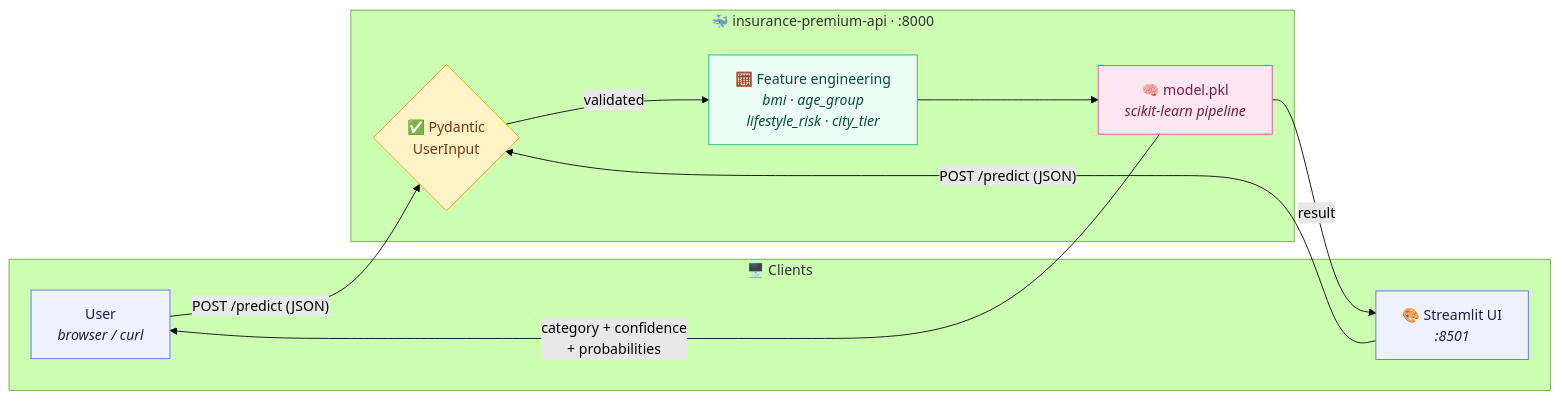
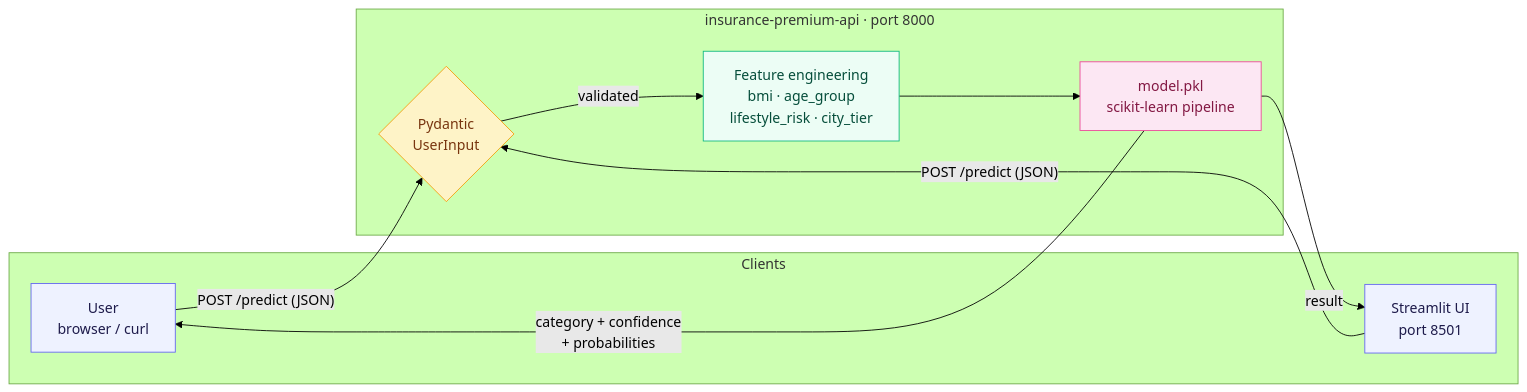
The first of 3 diagrams in README.md (Amith-Ganta/FastAPI-ML-Docker-AWS), drawn with Mermaid (forest theme) before and after one commit. The commit also changed other lines of this file, not shown here.

First line of the commit message:
docs: fix non-rendering Mermaid diagrams in README

````diff
--- a/README.md
+++ b/README.md
@@ -94,29 +94,29 @@
 ```mermaid
 flowchart LR
-    subgraph CLIENT["🖥️ Clients"]
-        USER["User<br/><i>browser / curl</i>"]
-        FE["🎨 Streamlit UI<br/><i>:8501</i>"]
+    subgraph CLIENT["Clients"]
+        USER["User<br/>browser / curl"]
+        FE["Streamlit UI<br/>port 8501"]
     end
 
-    subgraph IMG["🐳 insurance-premium-api · :8000"]
-        VAL{"✅ Pydantic<br/>UserInput"}
-        FEAT["🧮 Feature engineering<br/><i>bmi · age_group<br/>lifestyle_risk · city_tier</i>"]
-        MODEL["🧠 model.pkl<br/><i>scikit-learn pipeline</i>"]
+    subgraph IMG["insurance-premium-api · port 8000"]
+        VAL{"Pydantic<br/>UserInput"}
+        FEAT["Feature engineering<br/>bmi · age_group<br/>lifestyle_risk · city_tier"]
+        MODEL["model.pkl<br/>scikit-learn pipeline"]
     end
 
     USER -- "POST /predict (JSON)" --> VAL
     FE -- "POST /predict (JSON)" --> VAL
     VAL -- "validated" --> FEAT
     FEAT --> MODEL
     MODEL -- "category + confidence<br/>+ probabilities" --> USER
     MODEL -- "result" --> FE
 
     classDef client fill:#EEF2FF,stroke:#6366F1,stroke-width:1px,color:#1E1B4B;
     classDef gate fill:#FEF3C7,stroke:#F59E0B,stroke-width:1px,color:#78350F;
     classDef svc fill:#ECFDF5,stroke:#10B981,stroke-width:1px,color:#064E3B;
     classDef store fill:#FCE7F3,stroke:#EC4899,stroke-width:1px,color:#831843;
     class USER,FE client;
     class VAL gate;
     class FEAT svc;
     class MODEL store;
 ```
````
